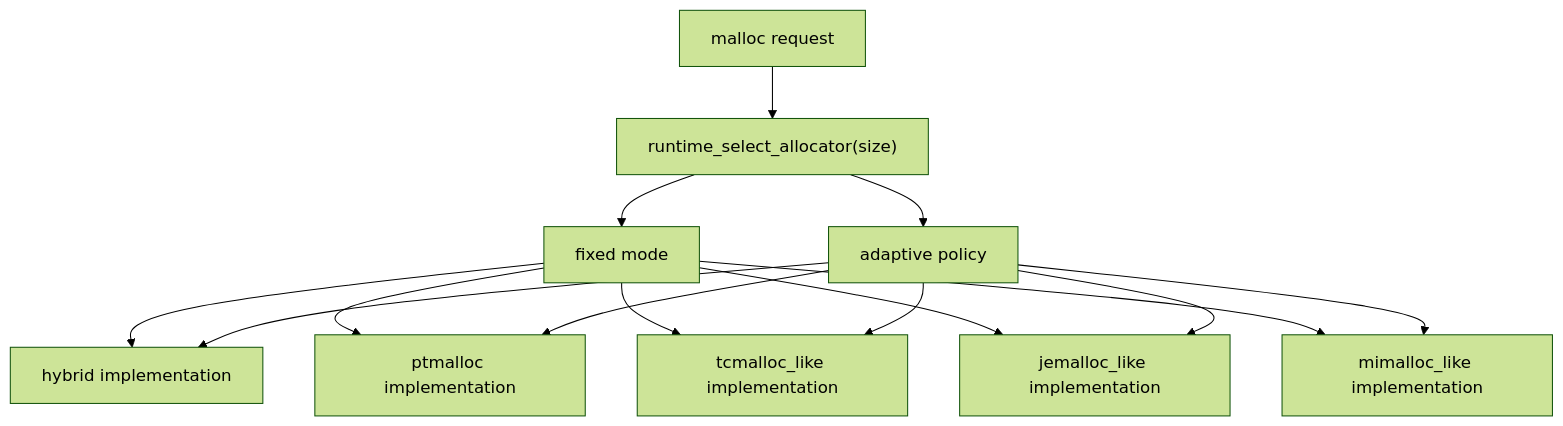
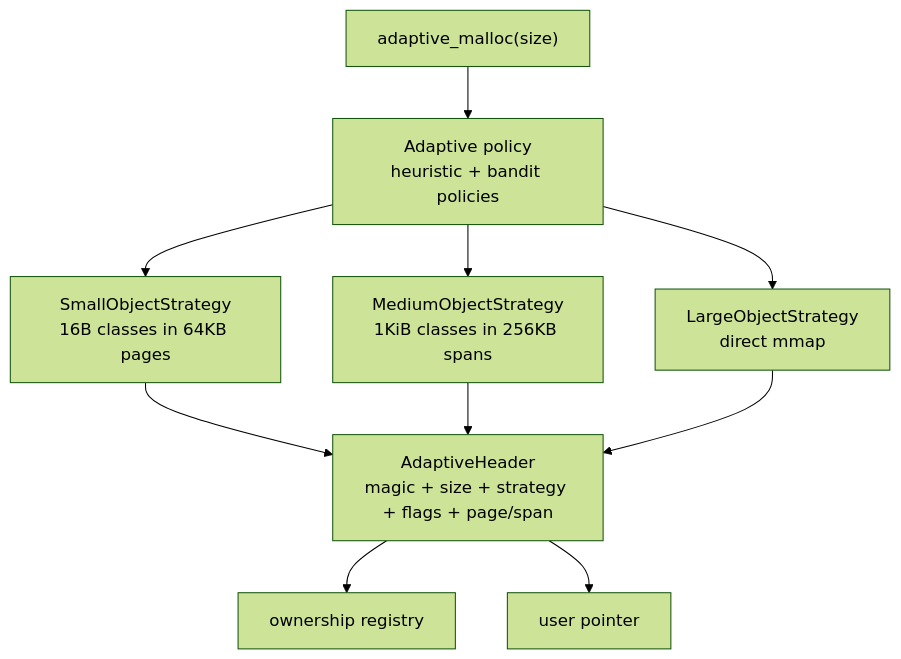
The third of 3 diagrams in docs/system_architecture.md (sdsasf/my_malloc), drawn with Mermaid (forest theme) before and after one commit. The commit also changed other lines of this file and 23 other files, not shown here.

Commit message:
Add independent telemetry-driven adaptive allocator

````diff
--- a/docs/system_architecture.md
+++ b/docs/system_architecture.md
@@ -281,26 +158,18 @@
 ```mermaid
 flowchart TB
-    API["malloc request"]
-    Dispatch["runtime_select_allocator(size)"]
-    Fixed["fixed mode"]
-    Adaptive["adaptive policy"]
-    TC["tcmalloc_like implementation"]
-    JE["jemalloc_like implementation"]
-    MI["mimalloc_like implementation"]
-    HY["hybrid implementation"]
-    PT["ptmalloc implementation"]
+    Req["adaptive_malloc(size)"]
+    Policy["Adaptive policy<br/>heuristic + bandit policies"]
+    Small["SmallObjectStrategy<br/>16B classes in 64KB pages"]
+    Medium["MediumObjectStrategy<br/>1KiB classes in 256KB spans"]
+    Large["LargeObjectStrategy<br/>direct mmap"]
+    Header["AdaptiveHeader<br/>magic + size + strategy + flags + page/span"]
+    Registry["ownership registry"]
+    User["user pointer"]
 
-    API --> Dispatch
-    Dispatch --> Fixed
-    Dispatch --> Adaptive
-    Fixed --> HY
-    Fixed --> PT
-    Fixed --> TC
-    Fixed --> JE
-    Fixed --> MI
-    Adaptive --> HY
-    Adaptive --> PT
-    Adaptive --> TC
-    Adaptive --> JE
-    Adaptive --> MI
+    Req --> Policy
+    Policy --> Small --> Header
+    Policy --> Medium --> Header
+    Policy --> Large --> Header
+    Header --> Registry
+    Header --> User
 ```
````
